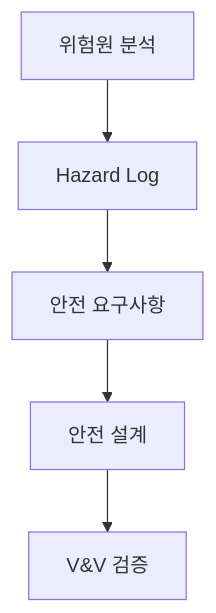
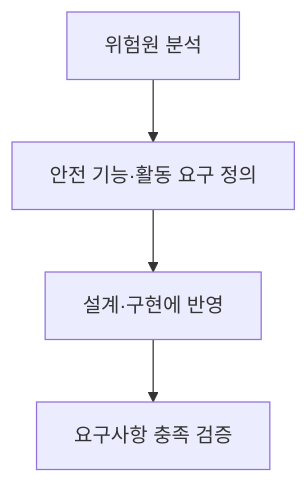
One commit to agnusdei1207/study changed the second of 2 diagrams in src/content/docs/notes/itpe/02-software-engineering/097_sw_safety_guidelines.md. Above: the diagram before and after it, drawn with Mermaid. The commit also changed other lines of this file and 31 other files, not shown here.

````diff
--- a/src/content/docs/notes/itpe/02-software-engineering/097_sw_safety_guidelines.md
+++ b/src/content/docs/notes/itpe/02-software-engineering/097_sw_safety_guidelines.md
@@ -56,4 +101,6 @@
 ```mermaid
-flowchart TB
-    A["위험원 분석"] --> L["Hazard Log"] --> R["안전 요구사항"] --> D["안전 설계"] --> V["V&V 검증"]
+flowchart TD
+    H["위험원 분석"] --> R["안전 기능·활동 요구 정의"]
+    R --> D["설계·구현에 반영"]
+    D --> V["요구사항 충족 검증"]
 ```
````
